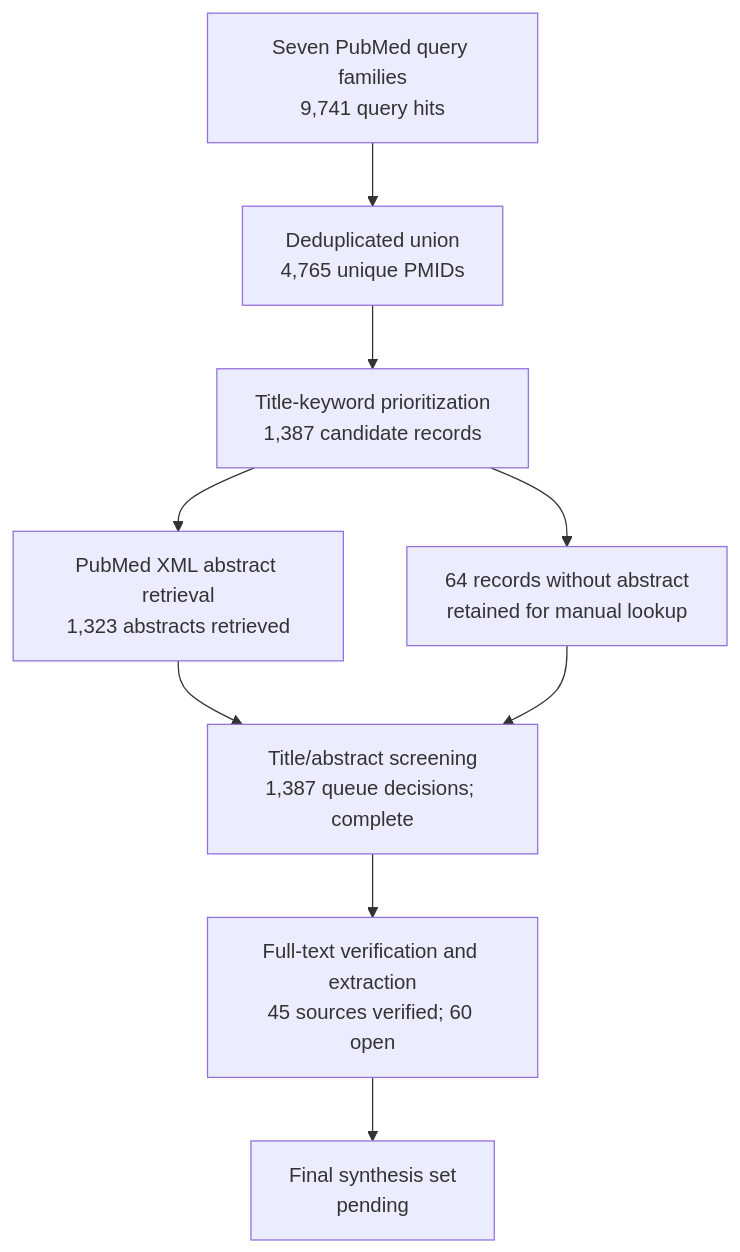
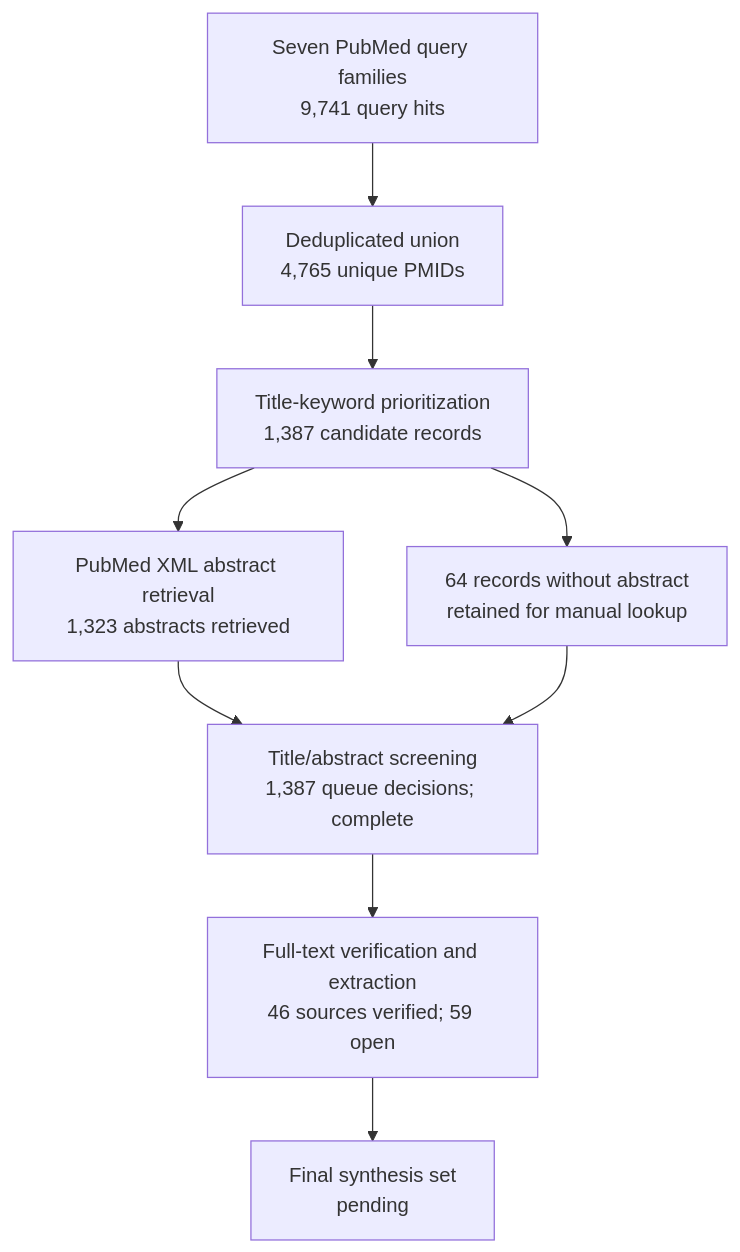
The diagram in manuscript/review-flow.md (dcmcshan/artemisia), drawn with Mermaid before and after one commit. The commit also changed other lines of this file and 13 other files, not shown here.

Commit message:
Add beta-hematin malaria full-text evidence

````diff
--- a/manuscript/review-flow.md
+++ b/manuscript/review-flow.md
@@ -5,11 +5,11 @@
 ```mermaid
 flowchart TB
   Q[Seven PubMed query families<br/>9,741 query hits] --> U[Deduplicated union<br/>4,765 unique PMIDs]
   U --> T[Title-keyword prioritization<br/>1,387 candidate records]
   T --> A[PubMed XML abstract retrieval<br/>1,323 abstracts retrieved]
   T --> N[64 records without abstract<br/>retained for manual lookup]
   A --> M[Title/abstract screening<br/>1,387 queue decisions; complete]
   N --> M
-  M --> F[Full-text verification and extraction<br/>45 sources verified; 60 open]
+  M --> F[Full-text verification and extraction<br/>46 sources verified; 59 open]
   F --> S[Final synthesis set<br/>pending]
 ```
````
